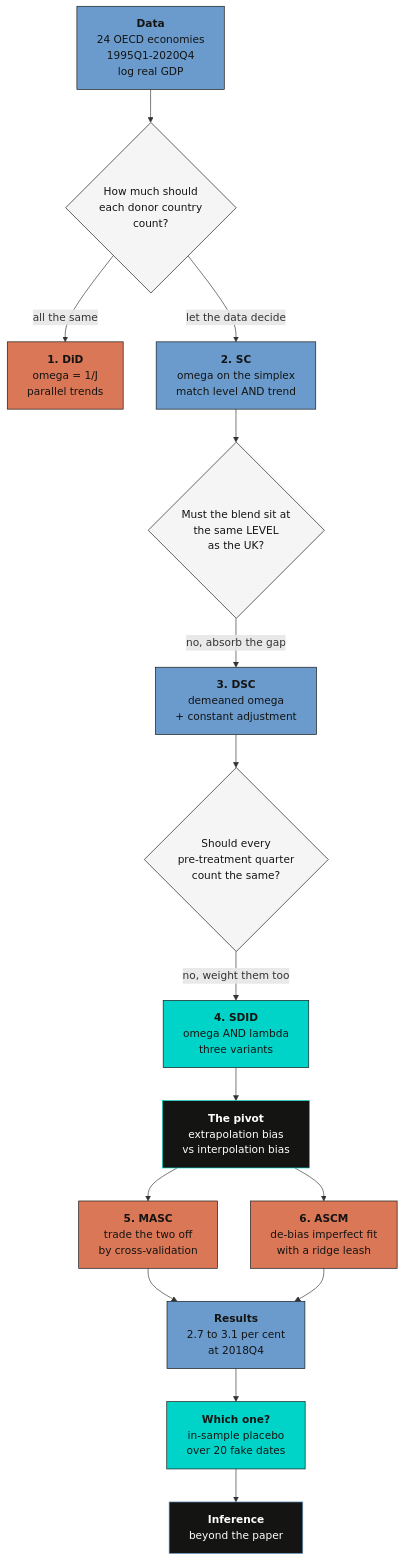
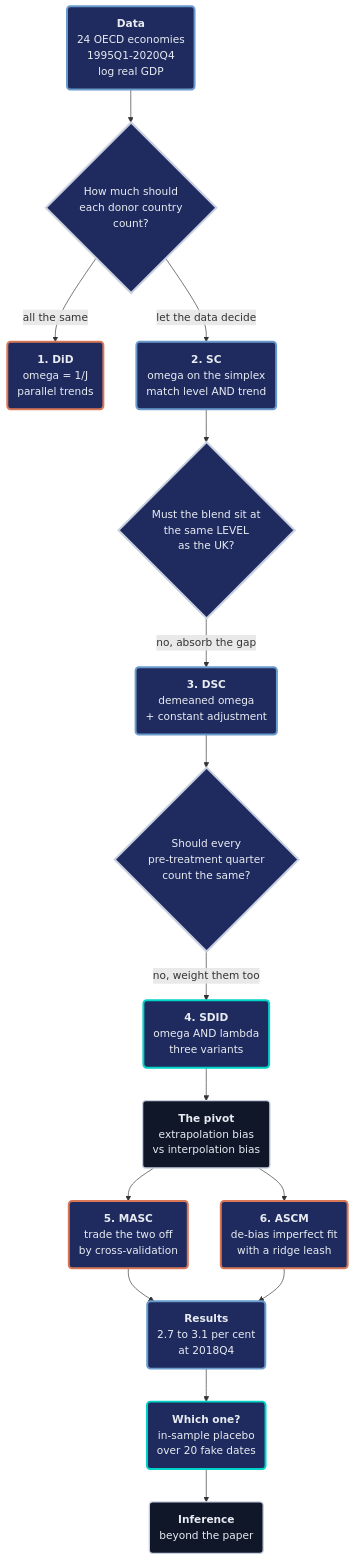
Before and after one commit to cmg777/starter-academic-v501: the first of 4 diagrams in content/post/r_sc_dsc_sdid/index.md, drawn with Mermaid. The commit also changed other lines of this file and 13 other files, not shown here.

First line of the commit message:
content(mermaid): restyle flowcharts in R posts

````diff
--- a/content/post/r_sc_dsc_sdid/index.md
+++ b/content/post/r_sc_dsc_sdid/index.md
@@ -122,34 +122,31 @@
 ```mermaid
 flowchart TD
-    D["<b>Data</b><br/>24 OECD economies<br/>1995Q1-2020Q4<br/>log real GDP"] --> Q0{"How much should<br/>each donor country<br/>count?"}
-    Q0 -->|"all the same"| DID["<b>1. DiD</b><br/>omega = 1/J<br/>parallel trends"]
-    Q0 -->|"let the data decide"| SC["<b>2. SC</b><br/>omega on the simplex<br/>match level AND trend"]
+    D("<b>Data</b><br/>24 OECD economies<br/>1995Q1-2020Q4<br/>log real GDP") --> Q0{"How much should<br/>each donor country<br/>count?"}
+    Q0 -->|"all the same"| DID("<b>1. DiD</b><br/>omega = 1/J<br/>parallel trends")
+    Q0 -->|"let the data decide"| SC("<b>2. SC</b><br/>omega on the simplex<br/>match level AND trend")
     SC --> Q1{"Must the blend sit at<br/>the same LEVEL<br/>as the UK?"}
-    Q1 -->|"no, absorb the gap"| DSC["<b>3. DSC</b><br/>demeaned omega<br/>+ constant adjustment"]
+    Q1 -->|"no, absorb the gap"| DSC("<b>3. DSC</b><br/>demeaned omega<br/>+ constant adjustment")
     DSC --> Q2{"Should every<br/>pre-treatment quarter<br/>count the same?"}
-    Q2 -->|"no, weight them too"| SDID["<b>4. SDID</b><br/>omega AND lambda<br/>three variants"]
-    SDID --> BIAS["<b>The pivot</b><br/>extrapolation bias<br/>vs interpolation bias"]
-    BIAS --> MASC["<b>5. MASC</b><br/>trade the two off<br/>by cross-validation"]
-    BIAS --> ASCM["<b>6. ASCM</b><br/>de-bias imperfect fit<br/>with a ridge leash"]
-    MASC --> R["<b>Results</b><br/>2.7 to 3.1 per cent<br/>at 2018Q4"]
+    Q2 -->|"no, weight them too"| SDID("<b>4. SDID</b><br/>omega AND lambda<br/>three variants")
+    SDID --> BIAS("<b>The pivot</b><br/>extrapolation bias<br/>vs interpolation bias")
+    BIAS --> MASC("<b>5. MASC</b><br/>trade the two off<br/>by cross-validation")
+    BIAS --> ASCM("<b>6. ASCM</b><br/>de-bias imperfect fit<br/>with a ridge leash")
+    MASC --> R("<b>Results</b><br/>2.7 to 3.1 per cent<br/>at 2018Q4")
     ASCM --> R
-    R --> SEL["<b>Which one?</b><br/>in-sample placebo<br/>over 20 fake dates"]
-    SEL --> INF["<b>Inference</b><br/>beyond the paper"]
-    style D fill:#6a9bcc,stroke:#141413,color:#141413
-    classDef sty_Q0 fill:#f5f5f5,stroke:#141413,color:#141413
+    R --> SEL("<b>Which one?</b><br/>in-sample placebo<br/>over 20 fake dates")
+    SEL --> INF("<b>Inference</b><br/>beyond the paper")
+    classDef sty_Q0 fill:#1f2b5e,stroke:#c8d0e0,stroke-width:3px,color:#e8ecf2
     class Q0 sty_Q0
-    classDef sty_Q1 fill:#f5f5f5,stroke:#141413,color:#141413
+    classDef sty_Q1 fill:#1f2b5e,stroke:#c8d0e0,stroke-width:3px,color:#e8ecf2
     class Q1 sty_Q1
-    classDef sty_Q2 fill:#f5f5f5,stroke:#141413,color:#141413
+    classDef sty_Q2 fill:#1f2b5e,stroke:#c8d0e0,stroke-width:3px,color:#e8ecf2
     class Q2 sty_Q2
-    style DID fill:#d97757,stroke:#141413,color:#141413
-    style SC fill:#6a9bcc,stroke:#141413,color:#141413
-    style DSC fill:#6a9bcc,stroke:#141413,color:#141413
-    style SDID fill:#00d4c8,stroke:#141413,color:#141413
-    style BIAS fill:#141413,stroke:#00d4c8,color:#fff
-    style MASC fill:#d97757,stroke:#141413,color:#141413
-    style ASCM fill:#d97757,stroke:#141413,color:#141413
-    style R fill:#6a9bcc,stroke:#141413,color:#141413
-    style SEL fill:#00d4c8,stroke:#141413,color:#141413
-    style INF fill:#141413,stroke:#6a9bcc,color:#fff
+    classDef blue fill:#1f2b5e,stroke:#6a9bcc,stroke-width:3px,color:#e8ecf2
+    classDef orange fill:#1f2b5e,stroke:#d97757,stroke-width:3px,color:#e8ecf2
+    classDef teal fill:#1f2b5e,stroke:#00d4c8,stroke-width:3px,color:#e8ecf2
+    classDef anchor fill:#0f1729,stroke:#c8d0e0,stroke-width:2px,color:#e8ecf2
+    class D,SC,DSC,R blue
+    class DID,MASC,ASCM orange
+    class SDID,SEL teal
+    class BIAS,INF anchor
 ```
````
